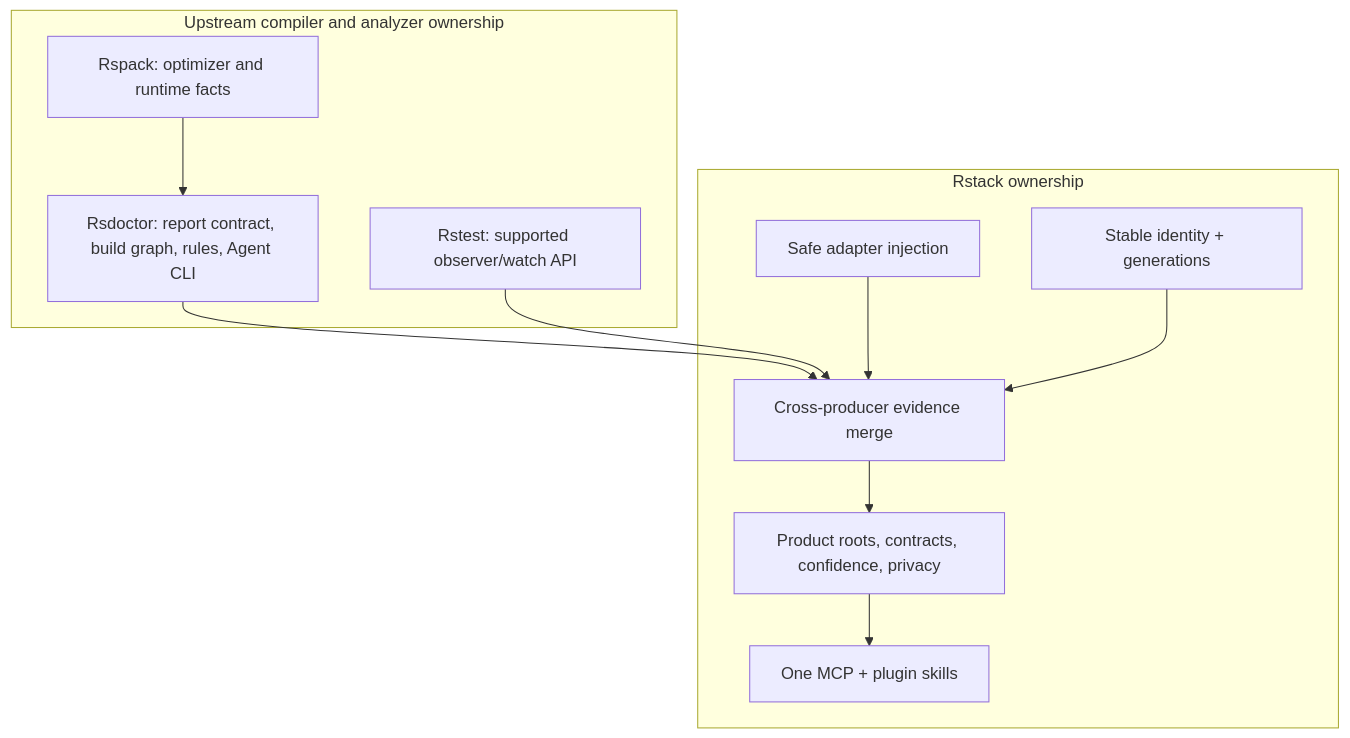
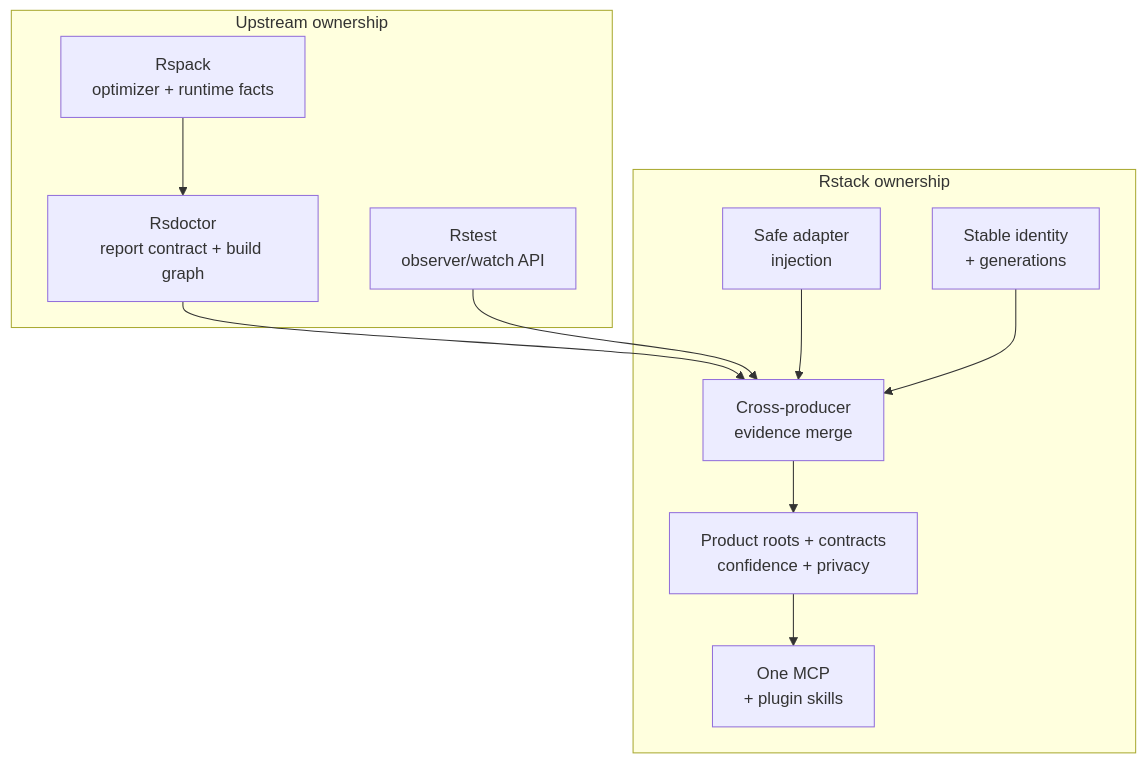
Before and after one commit to rstackjs/rstack-cli: the second of 10 diagrams in docs/rfcs/0001-rstack-context-engine.md, drawn with Mermaid. The commit also changed other lines of this file, not shown here.

Commit message:
docs: improve RFC architecture diagrams

````diff
--- a/docs/rfcs/0001-rstack-context-engine.md
+++ b/docs/rfcs/0001-rstack-context-engine.md
@@ -199,23 +187,23 @@
 ```mermaid
 flowchart TB
-  subgraph Upstream["Upstream compiler and analyzer ownership"]
-    RP["Rspack: optimizer and runtime facts"]
-    RD["Rsdoctor: report contract, build graph, rules, Agent CLI"]
-    RT["Rstest: supported observer/watch API"]
+  subgraph Upstream["Upstream ownership"]
+    RP["Rspack<br/>optimizer + runtime facts"]
+    RD["Rsdoctor<br/>report contract + build graph"]
+    RT["Rstest<br/>observer/watch API"]
   end
 
   subgraph Rstack["Rstack ownership"]
-    Inject["Safe adapter injection"]
-    Identity["Stable identity + generations"]
-    Merge["Cross-producer evidence merge"]
-    Policy["Product roots, contracts, confidence, privacy"]
-    MCP["One MCP + plugin skills"]
+    Inject["Safe adapter<br/>injection"]
+    Identity["Stable identity<br/>+ generations"]
+    Merge["Cross-producer<br/>evidence merge"]
+    Policy["Product roots + contracts<br/>confidence + privacy"]
+    MCP["One MCP<br/>+ plugin skills"]
   end
 
   RP --> RD
   RD --> Merge
   RT --> Merge
   Inject --> Merge
   Identity --> Merge
   Merge --> Policy --> MCP
 ```
````
